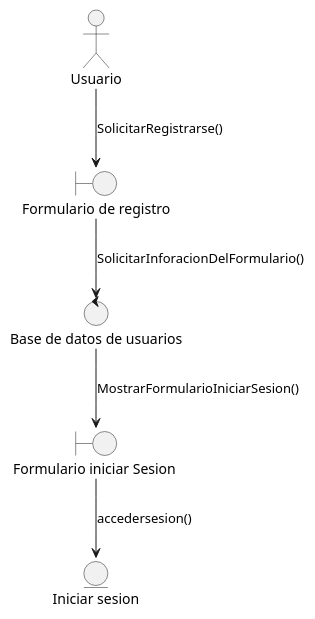
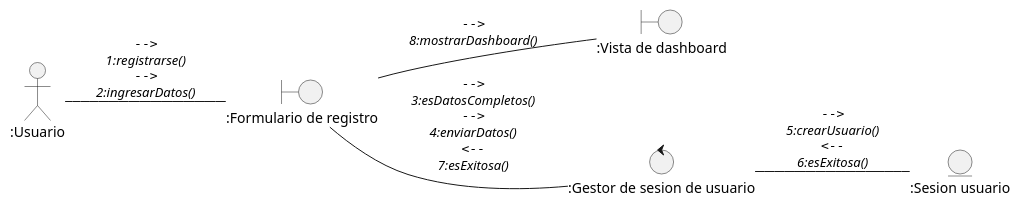
One commit to Samantha-Ramirez/ProyectoEquipo7ING changed the diagram in docs/scenariosView/DisciplinaDeAnalisisDiagramaDeColaboracionRegistrarse.plantUML. Above: the diagram before and after it, drawn with PlantUML. The commit also changed 32 other files, not shown here.

Commit message:
Diagramas de clases y de colaboracion hasta UC8 2906

```diff
--- a/docs/scenariosView/DisciplinaDeAnalisisDiagramaDeColaboracionRegistrarse.plantUML
+++ b/docs/scenariosView/DisciplinaDeAnalisisDiagramaDeColaboracionRegistrarse.plantUML
@@ -1,18 +1,19 @@
-@startuml DiagramaDeColaboracionDeRegitrarse
+@startuml DisciplinaDeAnalisisDiagramaDeColaboracionRegistrarse
+left to right direction
 
-:Usuario: as Usuario
+actor ":Usuario" as actorUsuario
 
-boundary "Formulario de registro" as iniciar
-control "Base de datos de usuarios" as verificacion
-boundary "Formulario iniciar Sesion " as mostrar
-entity "Iniciar sesion" as iniciar_sesion
+entity ":Sesion usuario" as entidadSesionUsuario
 
+boundary ":Formulario de registro" as vistaRegistrarse
+boundary ":Vista de dashboard" as vistaDashboard
 
+control ":Gestor de sesion de usuario" as ctrlGestorSesion
 
-Usuario--> iniciar: "SolicitarRegistrarse()"
-iniciar--> verificacion: "SolicitarInforacionDelFormulario()"
-verificacion --> mostrar: "MostrarFormularioIniciarSesion()"
-mostrar --> iniciar_sesion: "accedersesion()"
+actorUsuario -- vistaRegistrarse : ""-->""\n//1:registrarse()//\n""-->""\n//2:ingresarDatos()//
+vistaRegistrarse -- ctrlGestorSesion : ""-->""\n//3:esDatosCompletos()//\n""-->""\n//4:enviarDatos()//\n""<--""\n//7:esExitosa()//
+ctrlGestorSesion -- entidadSesionUsuario : ""-->""\n//5:crearUsuario()//\n""<--""\n//6:esExitosa()//
 
+vistaRegistrarse -- vistaDashboard : ""-->""\n//8:mostrarDashboard()//
 
 @enduml
```
